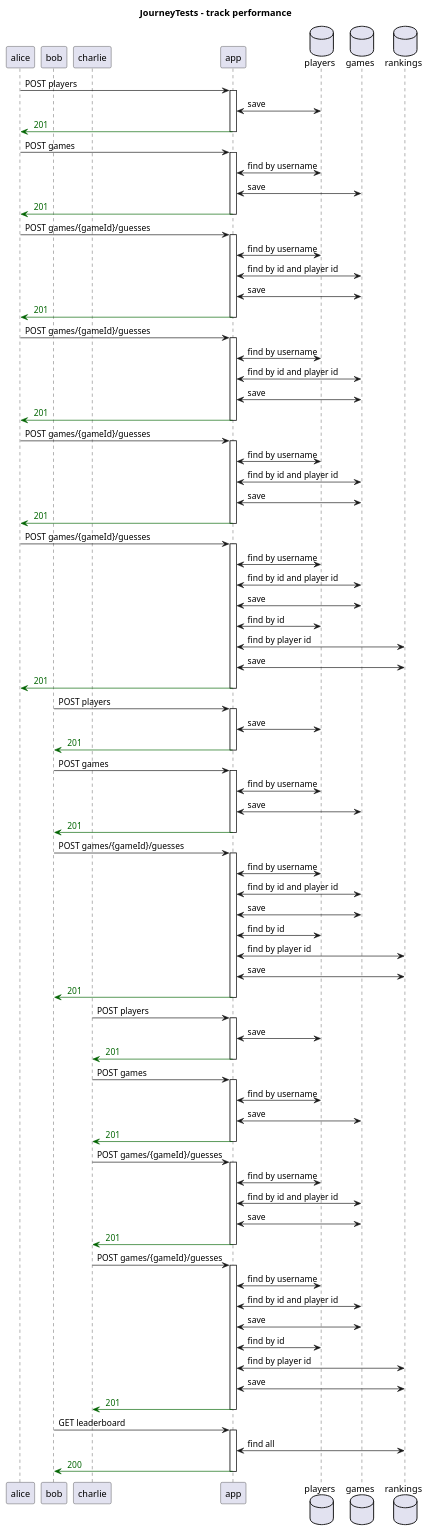
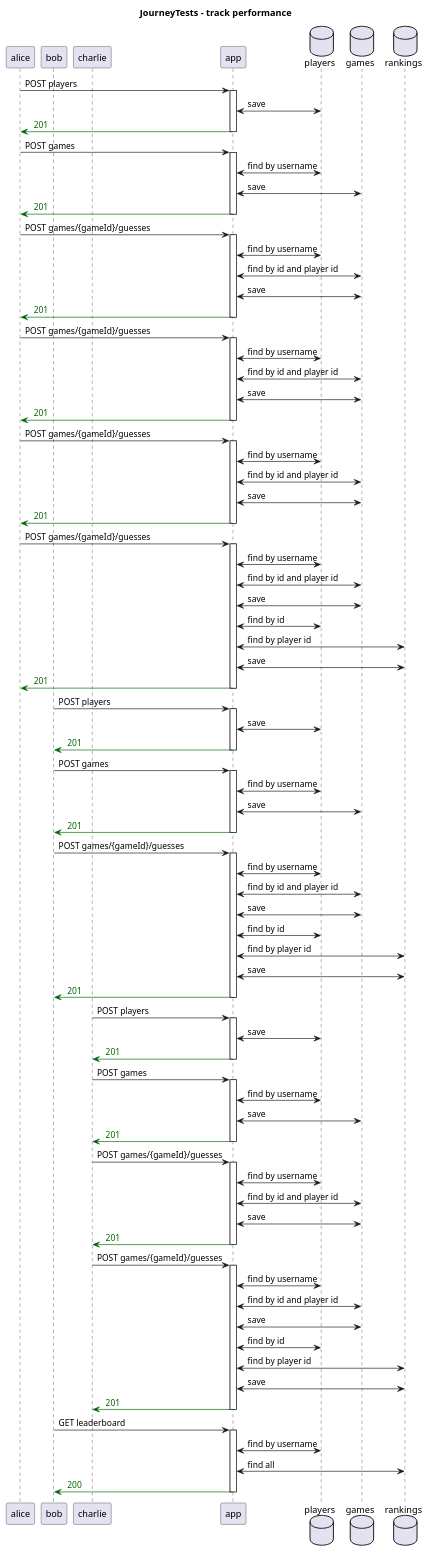
One commit to th3n3rd/http4k-playground changed the diagram in docs/system/generated/JourneyTests - track performance - Sequence.puml. Above: the diagram before and after it, drawn with PlantUML. The commit also changed 3 other files, not shown here.

```diff
--- a/docs/system/generated/JourneyTests - track performance - Sequence.puml
+++ b/docs/system/generated/JourneyTests - track performance - Sequence.puml
@@ -1,106 +1,107 @@
 @startuml
 title JourneyTests - track performance
 participant "alice"
 participant "bob"
 participant "charlie"
 participant "app"
 database "players"
 database "games"
 database "rankings"
 "alice" -> "app": POST players
 activate "app"
 "app" <-> "players": save
 "app" -[#DarkGreen]> "alice": <color:DarkGreen> 201 
 deactivate "app"
 "alice" -> "app": POST games
 activate "app"
 "app" <-> "players": find by username
 "app" <-> "games": save
 "app" -[#DarkGreen]> "alice": <color:DarkGreen> 201 
 deactivate "app"
 "alice" -> "app": POST games/{gameId}/guesses
 activate "app"
 "app" <-> "players": find by username
 "app" <-> "games": find by id and player id
 "app" <-> "games": save
 "app" -[#DarkGreen]> "alice": <color:DarkGreen> 201 
 deactivate "app"
 "alice" -> "app": POST games/{gameId}/guesses
 activate "app"
 "app" <-> "players": find by username
 "app" <-> "games": find by id and player id
 "app" <-> "games": save
 "app" -[#DarkGreen]> "alice": <color:DarkGreen> 201 
 deactivate "app"
 "alice" -> "app": POST games/{gameId}/guesses
 activate "app"
 "app" <-> "players": find by username
 "app" <-> "games": find by id and player id
 "app" <-> "games": save
 "app" -[#DarkGreen]> "alice": <color:DarkGreen> 201 
 deactivate "app"
 "alice" -> "app": POST games/{gameId}/guesses
 activate "app"
 "app" <-> "players": find by username
 "app" <-> "games": find by id and player id
 "app" <-> "games": save
 "app" <-> "players": find by id
 "app" <-> "rankings": find by player id
 "app" <-> "rankings": save
 "app" -[#DarkGreen]> "alice": <color:DarkGreen> 201 
 deactivate "app"
 "bob" -> "app": POST players
 activate "app"
 "app" <-> "players": save
 "app" -[#DarkGreen]> "bob": <color:DarkGreen> 201 
 deactivate "app"
 "bob" -> "app": POST games
 activate "app"
 "app" <-> "players": find by username
 "app" <-> "games": save
 "app" -[#DarkGreen]> "bob": <color:DarkGreen> 201 
 deactivate "app"
 "bob" -> "app": POST games/{gameId}/guesses
 activate "app"
 "app" <-> "players": find by username
 "app" <-> "games": find by id and player id
 "app" <-> "games": save
 "app" <-> "players": find by id
 "app" <-> "rankings": find by player id
 "app" <-> "rankings": save
 "app" -[#DarkGreen]> "bob": <color:DarkGreen> 201 
 deactivate "app"
 "charlie" -> "app": POST players
 activate "app"
 "app" <-> "players": save
 "app" -[#DarkGreen]> "charlie": <color:DarkGreen> 201 
 deactivate "app"
 "charlie" -> "app": POST games
 activate "app"
 "app" <-> "players": find by username
 "app" <-> "games": save
 "app" -[#DarkGreen]> "charlie": <color:DarkGreen> 201 
 deactivate "app"
 "charlie" -> "app": POST games/{gameId}/guesses
 activate "app"
 "app" <-> "players": find by username
 "app" <-> "games": find by id and player id
 "app" <-> "games": save
 "app" -[#DarkGreen]> "charlie": <color:DarkGreen> 201 
 deactivate "app"
 "charlie" -> "app": POST games/{gameId}/guesses
 activate "app"
 "app" <-> "players": find by username
 "app" <-> "games": find by id and player id
 "app" <-> "games": save
 "app" <-> "players": find by id
 "app" <-> "rankings": find by player id
 "app" <-> "rankings": save
 "app" -[#DarkGreen]> "charlie": <color:DarkGreen> 201 
 deactivate "app"
 "bob" -> "app": GET leaderboard
 activate "app"
+"app" <-> "players": find by username
 "app" <-> "rankings": find all
 "app" -[#DarkGreen]> "bob": <color:DarkGreen> 200 
 deactivate "app"
 @enduml
```
